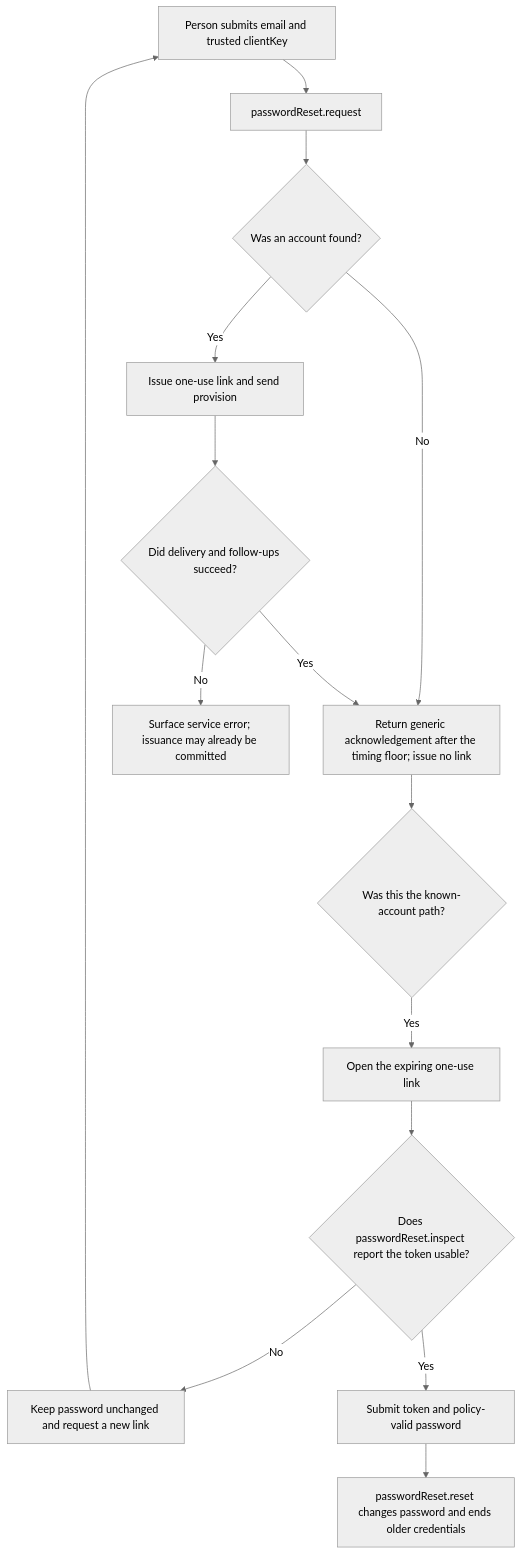
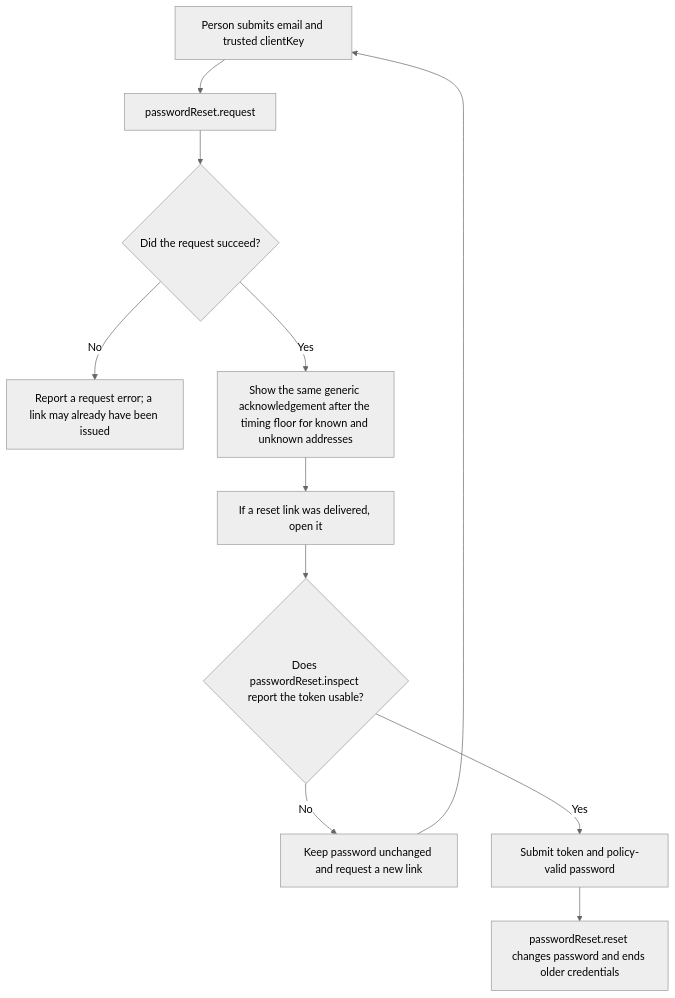
Before and after one commit to Kevinjohn/oss-adonisjs-account-kit: the first of 2 diagrams in user-stories/US-ACCOUNT-01-recover-password.md, drawn with Mermaid (neutral theme). The commit also changed 2 other files, not shown here.

Commit message:
Simplify Account Kit catalogue corrections

````diff
--- a/user-stories/US-ACCOUNT-01-recover-password.md
+++ b/user-stories/US-ACCOUNT-01-recover-password.md
@@ -20,17 +20,13 @@
 ```mermaid
 flowchart TD
  A["Person submits email and trusted clientKey"] --> B["passwordReset.request"]
- B --> C{"Was an account found?"}
- C -->|No| ACK["Return generic acknowledgement after the timing floor; issue no link"]
- C -->|Yes| ISSUE["Issue one-use link and send provision"]
- ISSUE --> FOLLOW{"Did delivery and follow-ups succeed?"}
- FOLLOW -->|Yes| ACK
- FOLLOW -->|No| ERROR["Surface service error; issuance may already be committed"]
- ACK --> RECIPIENT{"Was this the known-account path?"}
- RECIPIENT -->|Yes| D["Open the expiring one-use link"]
+ B --> C{"Did the request succeed?"}
+ C -->|No| ERROR["Report a request error; a link may already have been issued"]
+ C -->|Yes| ACK["Show the same generic acknowledgement after the timing floor for known and unknown addresses"]
+ ACK --> D["If a reset link was delivered, open it"]
  D --> E{"Does passwordReset.inspect report the token usable?"}
  E -->|No| F["Keep password unchanged and request a new link"]
  F --> A
  E -->|Yes| G["Submit token and policy-valid password"]
  G --> H["passwordReset.reset changes password and ends older credentials"]
 ```
````
